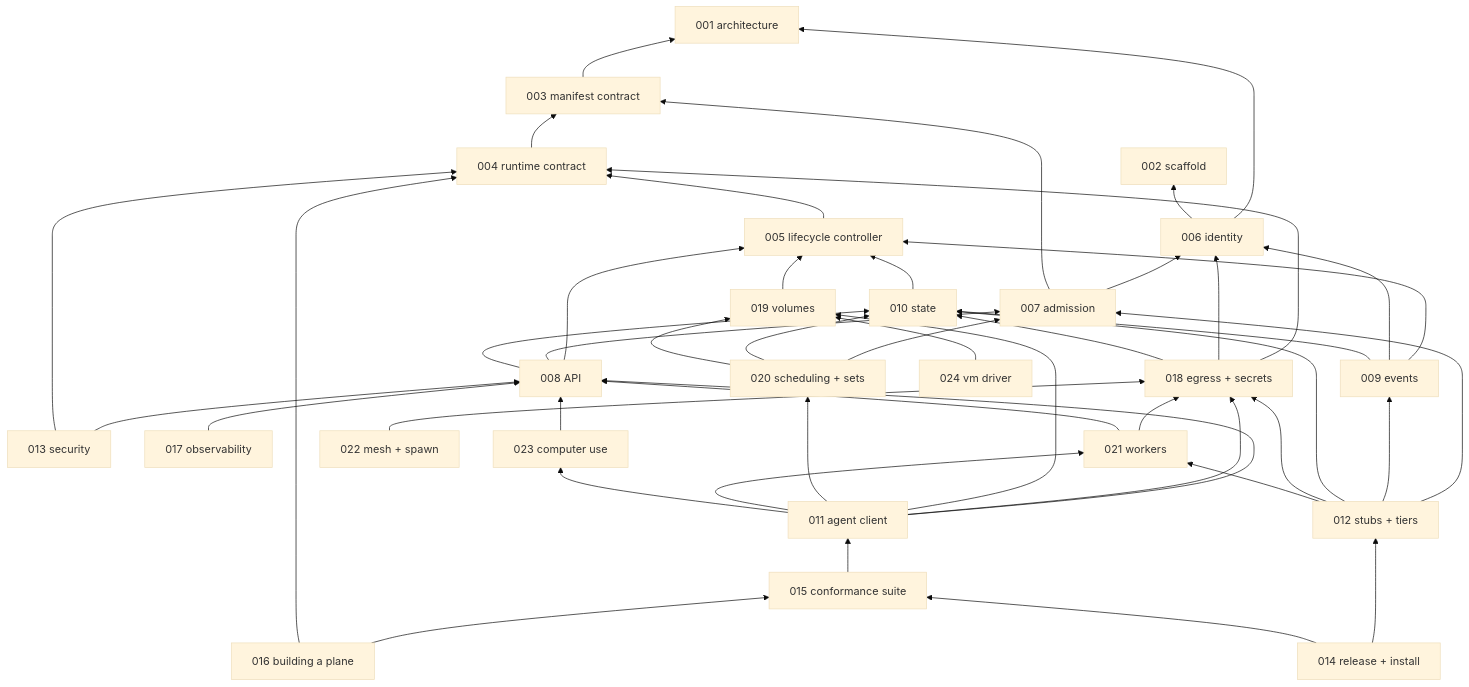
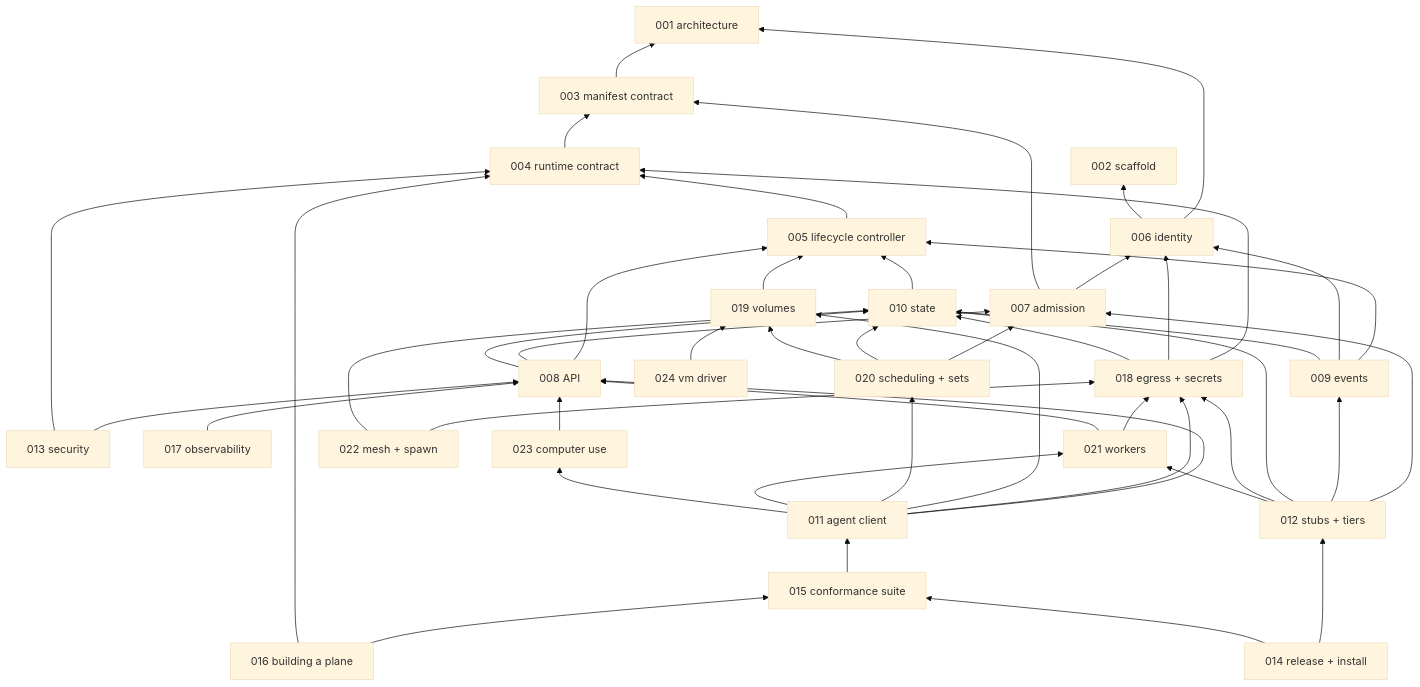
Before and after one commit to latere-ai/cella: the second of 2 diagrams in specs/README.md, drawn with Mermaid (base theme). The commit also changed other lines of this file and 4 other files, not shown here.

````diff
--- a/specs/README.md
+++ b/specs/README.md
@@ -82,72 +82,73 @@
 ```mermaid
 flowchart BT
   S001[001 architecture]
   S002[002 scaffold]
   S003[003 manifest contract]
   S004[004 runtime contract]
   S005[005 lifecycle controller]
   S006[006 identity]
   S007[007 admission]
   S008[008 API]
   S009[009 events]
   S010[010 state]
   S011[011 agent client]
   S012[012 stubs + tiers]
   S013[013 security]
   S014[014 release + install]
   S015[015 conformance suite]
   S016[016 building a plane]
   S017[017 observability]
   S018[018 egress + secrets]
   S019[019 volumes]
   S020[020 scheduling + sets]
   S021[021 workers]
   S022[022 mesh + spawn]
   S023[023 computer use]
   S024[024 vm driver]
   S003 --> S001
   S004 --> S003
   S005 --> S004
   S006 --> S001
   S006 --> S002
   S007 --> S006
   S007 --> S003
   S008 --> S005
   S008 --> S007
   S008 --> S010
   S009 --> S005
   S009 --> S006
   S009 --> S010
   S010 --> S005
   S011 --> S008
   S011 --> S018
   S011 --> S019
   S011 --> S020
   S011 --> S021
   S011 --> S023
   S012 --> S007
   S012 --> S009
   S012 --> S010
   S012 --> S018
   S012 --> S021
   S013 --> S008
   S013 --> S004
   S014 --> S012
   S014 --> S015
   S015 --> S011
   S016 --> S015
   S016 --> S004
   S017 --> S008
   S018 --> S004
   S018 --> S006
   S018 --> S010
   S019 --> S005
   S020 --> S007
   S020 --> S010
   S020 --> S019
   S021 --> S018
   S021 --> S008
   S022 --> S018
+  S022 --> S010
   S023 --> S008
   S024 --> S019
 ```
````
